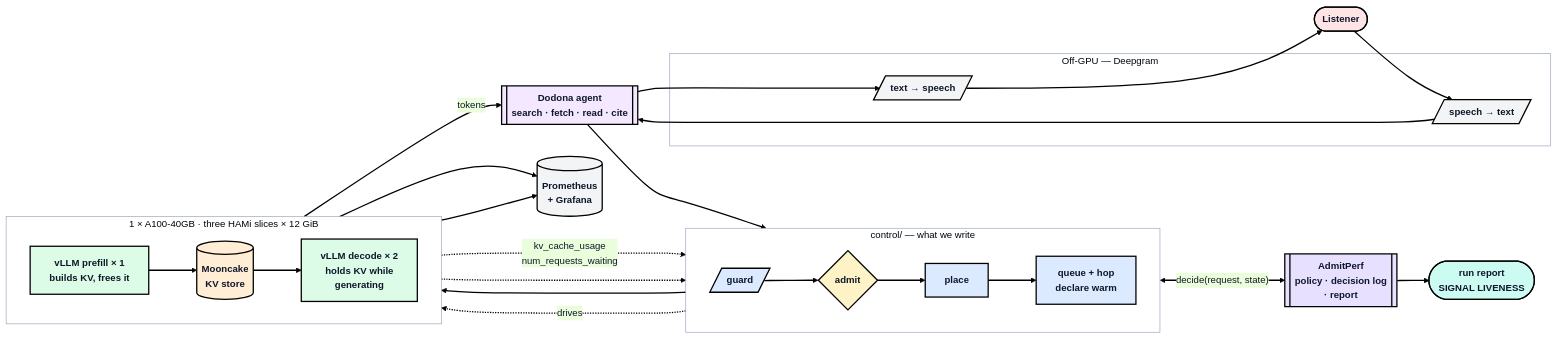
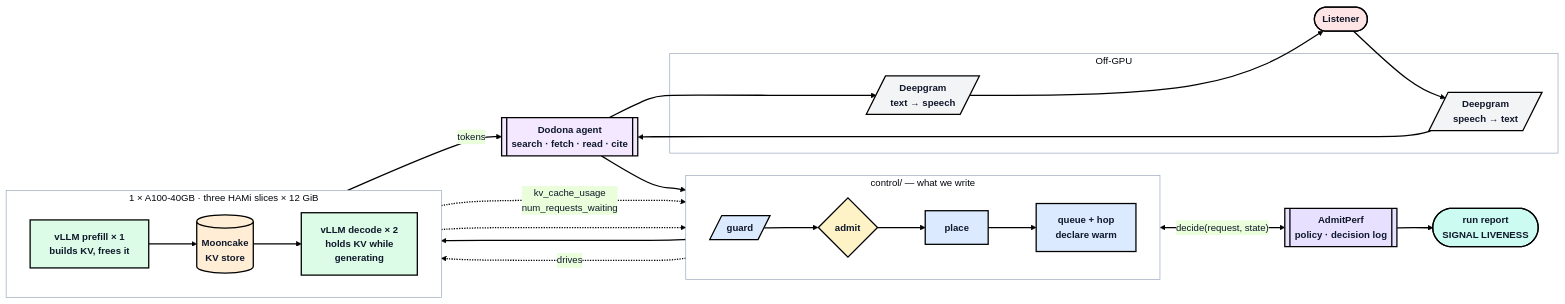
One commit to harshuljain13/Dodona changed the diagram in README.md. Above: the diagram before and after it, drawn with Mermaid. The commit also changed other lines of this file and 7 other files, not shown here.

````diff
--- a/README.md
+++ b/README.md
@@ -122,77 +57,73 @@
 ```mermaid
 %%{init: {
   'theme': 'base',
   'themeVariables': {
     'primaryColor': '#dbeafe', 'primaryTextColor': '#0f172a', 'primaryBorderColor': '#000000',
     'lineColor': '#000000', 'textColor': '#1e293b', 'fontSize': '15px',
     'fontFamily': 'Inter, Segoe UI, Helvetica Neue, Arial, sans-serif',
     'clusterBkg': '#ffffff', 'clusterBorder': '#94a3b8'
   }
 }}%%
 flowchart LR
     USER(["Listener"])
 
-    subgraph OFFGPU["Off-GPU — Deepgram"]
-        STT[/"speech → text"/]
-        TTS[/"text → speech"/]
+    subgraph OFFGPU["Off-GPU"]
+        STT[/"Deepgram<br/>speech → text"/]
+        TTS[/"Deepgram<br/>text → speech"/]
     end
 
     AS[["Dodona agent<br/>search · fetch · read · cite"]]
 
     subgraph CTRL["control/ — what we write"]
         direction LR
         G[/"guard"/]
         A{"admit"}
         P["place"]
         Q["queue + hop<br/>declare warm"]
         G --> A --> P --> Q
     end
 
-    AP[["AdmitPerf<br/>policy · decision log<br/>· report"]]
+    AP[["AdmitPerf<br/>policy · decision log"]]
 
     subgraph GPUBOX["1 × A100-40GB · three HAMi slices × 12 GiB"]
         direction LR
         PF["vLLM prefill × 1<br/>builds KV, frees it"]
         MC[("Mooncake<br/>KV store")]
         DC["vLLM decode × 2<br/>holds KV while<br/>generating"]
         PF --> MC --> DC
     end
 
-    OBS[("Prometheus<br/>+ Grafana")]
     REP(["run report<br/>SIGNAL LIVENESS"])
 
     USER --> STT --> AS --> G
     A <-->|"decide(request, state)"| AP
     P --> PF
     Q -.->|"drives"| MC
     DC -->|"tokens"| AS
     AS --> TTS --> USER
     PF -.->|"kv_cache_usage<br/>num_requests_waiting"| A
     DC -.-> A
-    PF --> OBS
-    DC --> OBS
     AP --> REP
 
     class USER input
     class AS accent
     class STT,TTS neutral
     class G,P,Q primary
     class A decision
     class AP highlight
     class PF,DC secondary
     class MC data
-    class OBS neutral
     class REP success
 
     classDef primary fill:#dbeafe,stroke:#000000,stroke-width:2px,color:#0f172a,font-weight:bold
     classDef secondary fill:#dcfce7,stroke:#000000,stroke-width:2px,color:#0f172a,font-weight:bold
     classDef accent fill:#f3e8ff,stroke:#000000,stroke-width:2px,color:#0f172a,font-weight:bold
     classDef decision fill:#fef3c7,stroke:#000000,stroke-width:2px,color:#0f172a,font-weight:bold
     classDef data fill:#ffedd5,stroke:#000000,stroke-width:2px,color:#0f172a,font-weight:bold
     classDef neutral fill:#f3f4f6,stroke:#000000,stroke-width:2px,color:#0f172a,font-weight:bold
     classDef success fill:#ccfbf1,stroke:#000000,stroke-width:2px,color:#0f172a,font-weight:bold
     classDef input fill:#ffe4e6,stroke:#000000,stroke-width:2px,color:#0f172a,font-weight:bold
     classDef highlight fill:#e8e0ff,stroke:#000000,stroke-width:2px,color:#0f172a,font-weight:bold
 
     linkStyle default stroke:#000000,stroke-width:2px
 ```
````
